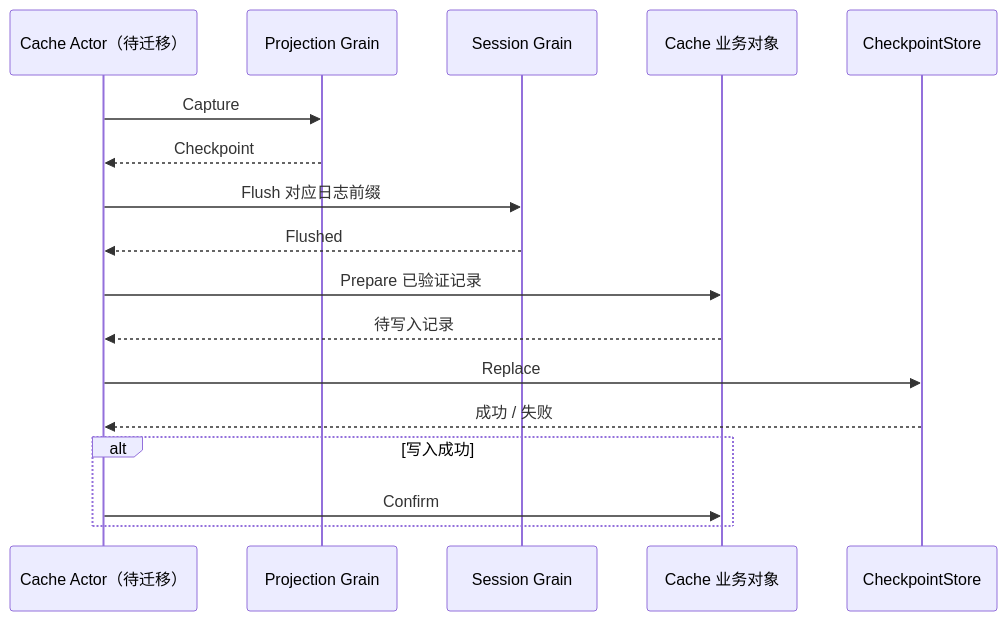
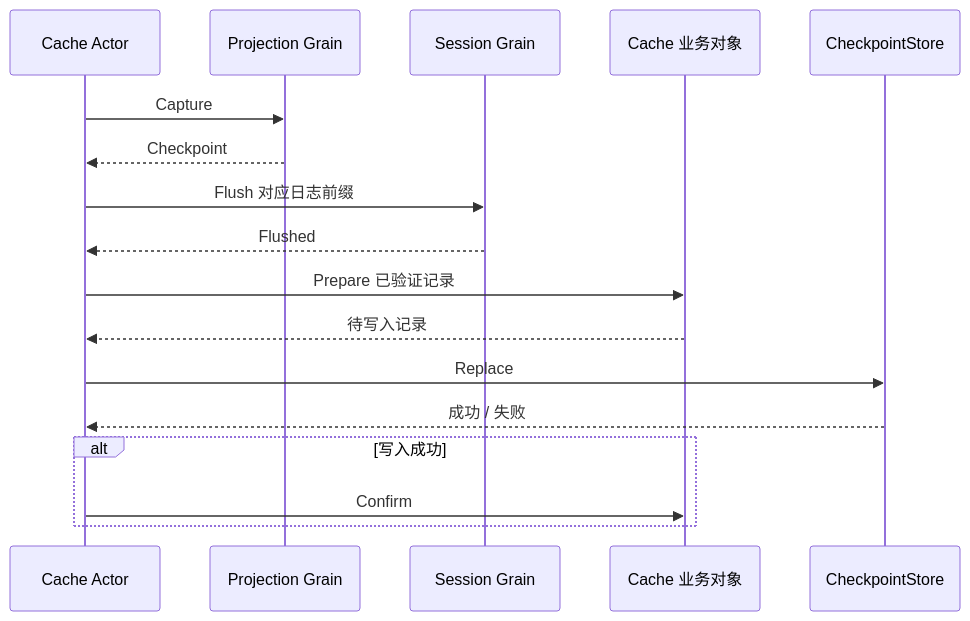
The diagram in session/projectioncache/README.zh-CN.md (gorenx/goren), drawn with Mermaid before and after one commit. The commit also changed other lines of this file and 11 other files, not shown here.

````diff
--- a/session/projectioncache/README.zh-CN.md
+++ b/session/projectioncache/README.zh-CN.md
@@ -22,19 +22,19 @@
 ```mermaid
 sequenceDiagram
-    participant A as Cache Actor（待迁移）
+    participant A as Cache Actor
     participant P as Projection Grain
     participant S as Session Grain
     participant B as Cache 业务对象
     participant D as CheckpointStore
     A->>P: Capture
     P-->>A: Checkpoint
     A->>S: Flush 对应日志前缀
     S-->>A: Flushed
     A->>B: Prepare 已验证记录
     B-->>A: 待写入记录
     A->>D: Replace
     D-->>A: 成功 / 失败
     alt 写入成功
         A->>B: Confirm
     end
 ```
````
